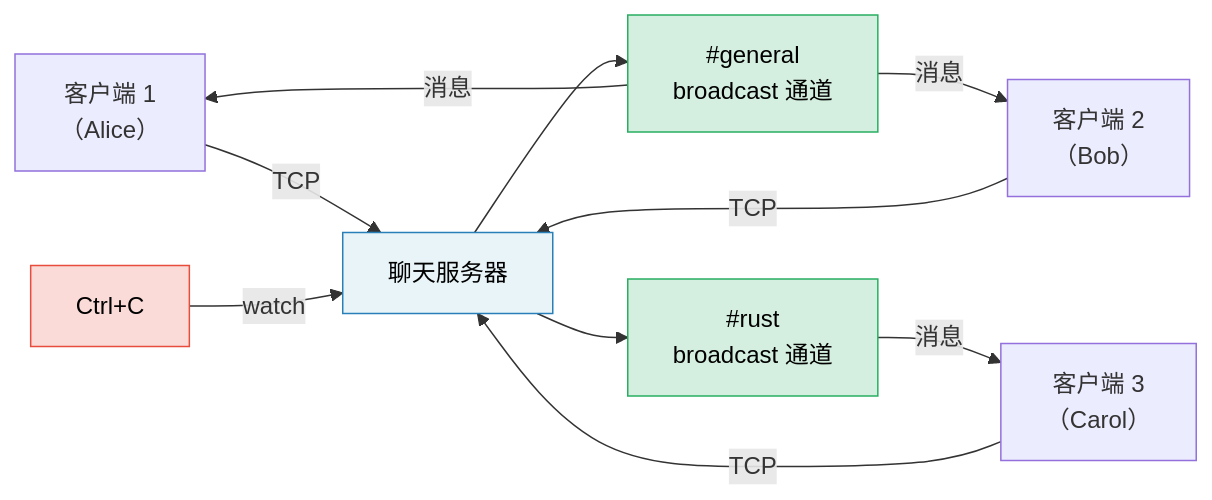
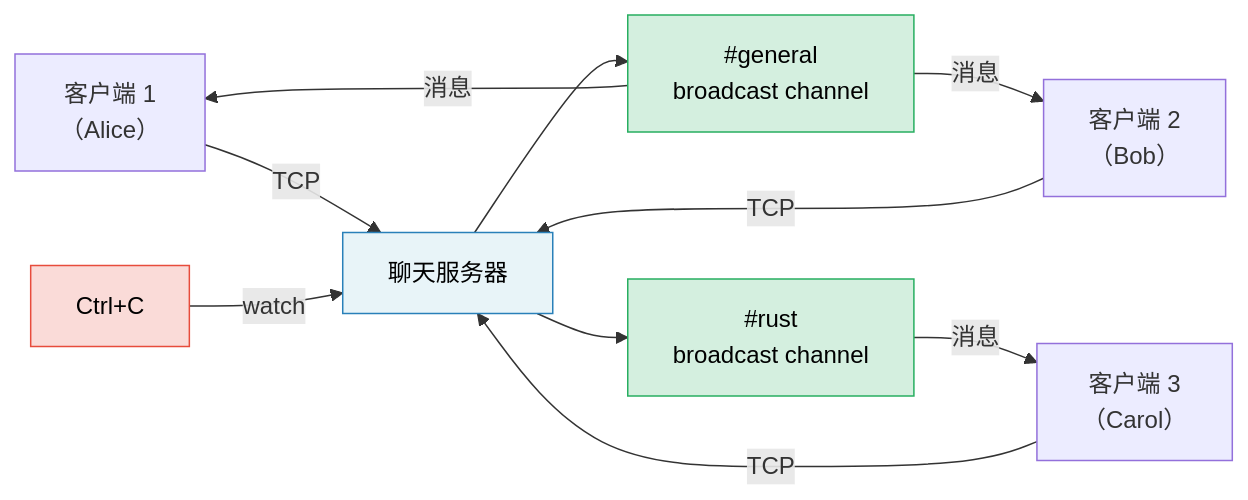
The diagram in async-book/src-zh/ch17-capstone-project.md (hearsay316/RustTraining), drawn with Mermaid before and after one commit. The commit also changed other lines of this file and 20 other files, not shown here.

````diff
--- a/async-book/src-zh/ch17-capstone-project.md
+++ b/async-book/src-zh/ch17-capstone-project.md
@@ -24,20 +24,20 @@
 ```mermaid
 graph LR
     C1["客户端 1<br/>（Alice）"] -->|TCP| SERVER["聊天服务器"]
     C2["客户端 2<br/>（Bob）"] -->|TCP| SERVER
     C3["客户端 3<br/>（Carol）"] -->|TCP| SERVER
 
-    SERVER --> R1["#general<br/>broadcast 通道"]
-    SERVER --> R2["#rust<br/>broadcast 通道"]
+    SERVER --> R1["#general<br/>broadcast channel"]
+    SERVER --> R2["#rust<br/>broadcast channel"]
 
     R1 -->|消息| C1
     R1 -->|消息| C2
     R2 -->|消息| C3
 
     CTRL["Ctrl+C"] -->|watch| SERVER
 
     style SERVER fill:#e8f4f8,stroke:#2980b9,color:#000
     style R1 fill:#d4efdf,stroke:#27ae60,color:#000
     style R2 fill:#d4efdf,stroke:#27ae60,color:#000
     style CTRL fill:#fadbd8,stroke:#e74c3c,color:#000
 ```
````
